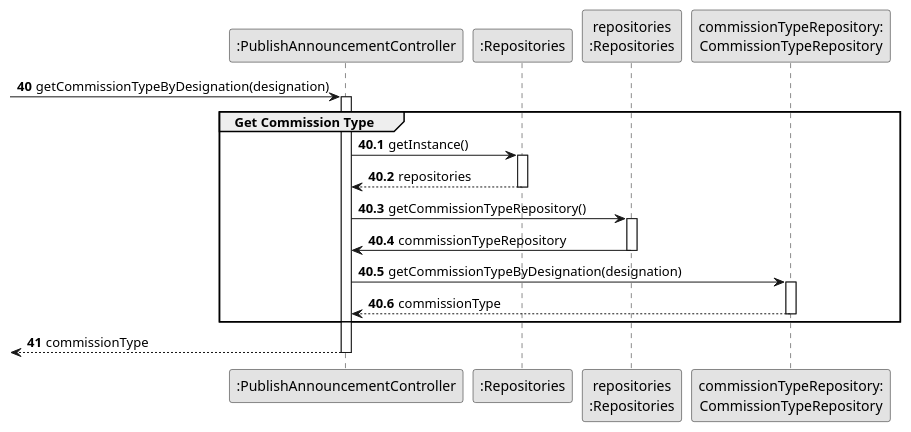
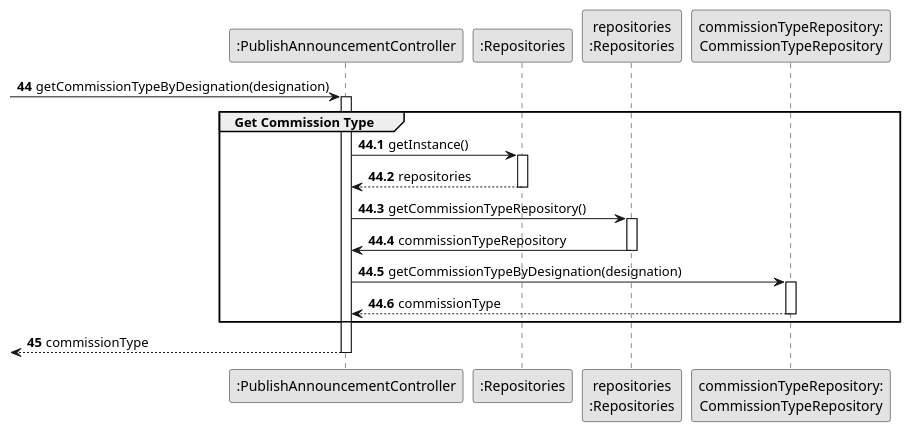
The diagram in docs/sprintD/us002/03.design/puml/us002-sequence-diagram-partial-get-commission-type.puml (rita-barbosa/LAPR2-2223), drawn with PlantUML before and after one commit. The commit also changed 19 other files, not shown here.

Commit message:
Update sequence diagrams [US002][Design][#05 Task]

```diff
--- a/docs/sprintD/us002/03.design/puml/us002-sequence-diagram-partial-get-commission-type.puml
+++ b/docs/sprintD/us002/03.design/puml/us002-sequence-diagram-partial-get-commission-type.puml
@@ -1,44 +1,44 @@
 @startuml
 skinparam monochrome true
 skinparam packageStyle rectangle
 skinparam shadowing false
 
 participant ":PublishAnnouncementController" as CTRL
 participant ":Repositories" as RepositorySingleton
 participant "repositories\n:Repositories" as PLAT
 participant "commissionTypeRepository:\nCommissionTypeRepository" as CommissionTypeRepository
 
-autonumber 40
+autonumber 44
 -> CTRL : getCommissionTypeByDesignation(designation)
 
-autonumber 40.1
+autonumber 44.1
 
 activate CTRL
     group Get Commission Type
         CTRL -> RepositorySingleton : getInstance()
         activate RepositorySingleton
 
             RepositorySingleton --> CTRL: repositories
         deactivate RepositorySingleton
 
         CTRL -> PLAT : getCommissionTypeRepository()
         activate PLAT
 
             PLAT -> CTRL : commissionTypeRepository
         deactivate PLAT
 
         CTRL -> CommissionTypeRepository : getCommissionTypeByDesignation(designation)
         activate CommissionTypeRepository
 
             CommissionTypeRepository --> CTRL : commissionType
         deactivate CommissionTypeRepository
 
     end group
 
-    autonumber 41
+    autonumber 45
     <-- CTRL : commissionType
 
 deactivate CTRL
 
 
 @enduml
```
